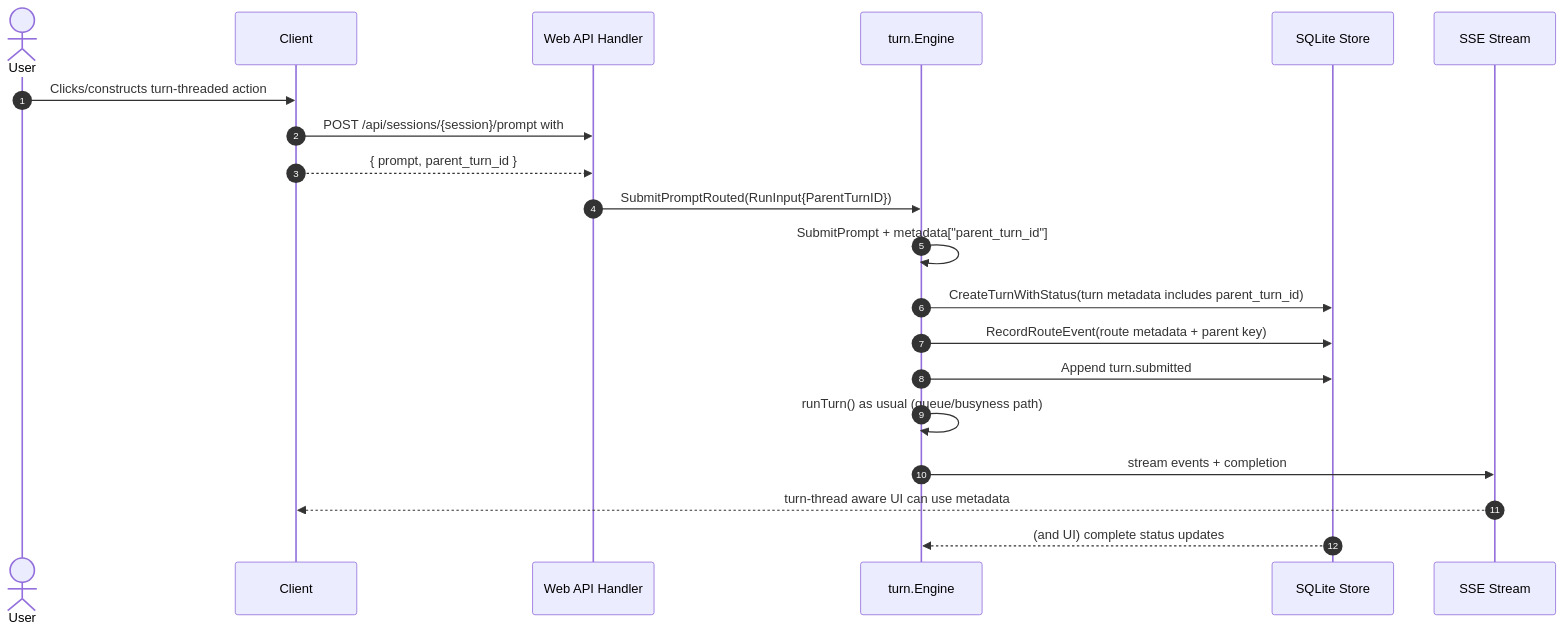
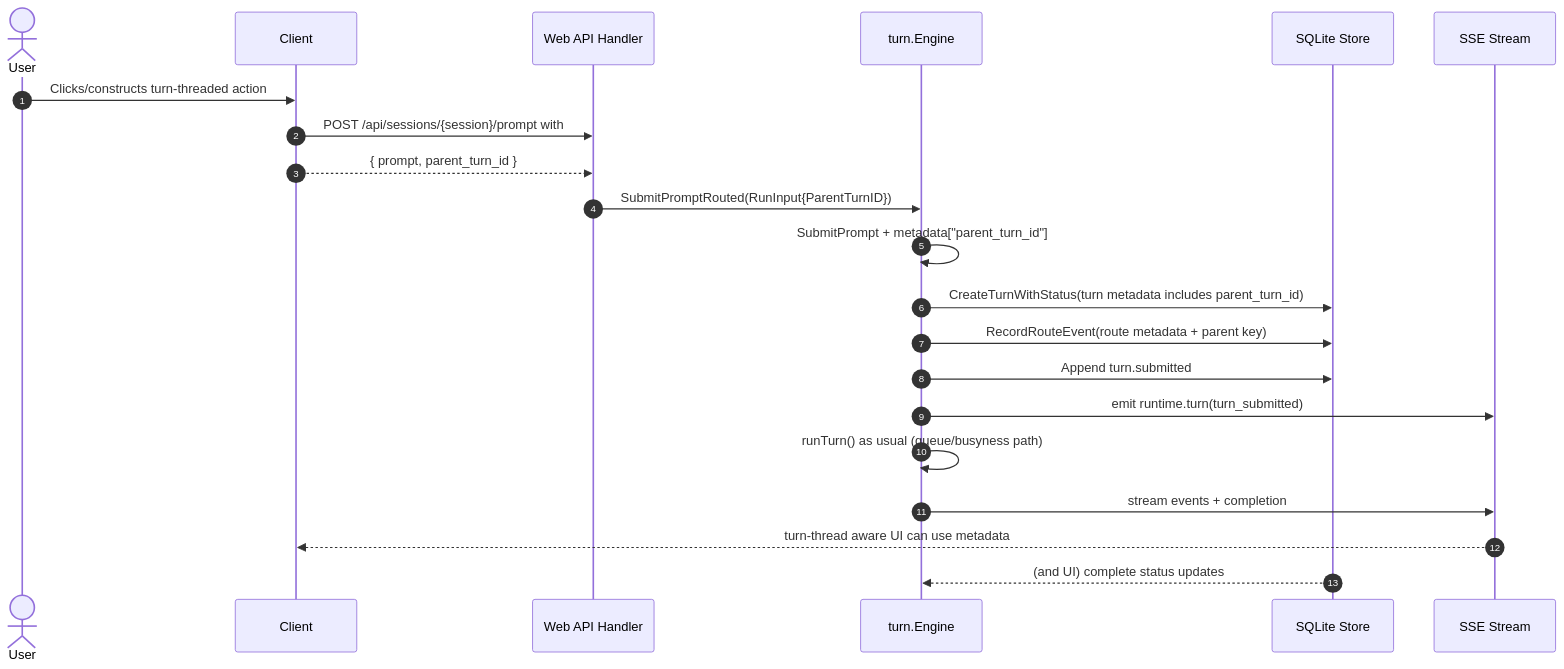
The fifth of 5 diagrams in docs/internal/routing.md (rcarmo/gi), drawn with Mermaid before and after one commit. The commit also changed other lines of this file and 3 other files, not shown here.

````diff
--- a/docs/internal/routing.md
+++ b/docs/internal/routing.md
@@ -253,23 +254,24 @@
 ```mermaid
 sequenceDiagram
   autonumber
   actor User
   participant UI as Client
   participant API as Web API Handler
   participant Engine as turn.Engine
   participant Store as SQLite Store
   participant SSE as SSE Stream
 
   User->>UI: Clicks/constructs turn-threaded action
   UI->>API: POST /api/sessions/{session}/prompt with
   UI-->>API: { prompt, parent_turn_id }
   API->>Engine: SubmitPromptRouted(RunInput{ParentTurnID})
   Engine->>Engine: SubmitPrompt + metadata["parent_turn_id"]
   Engine->>Store: CreateTurnWithStatus(turn metadata includes parent_turn_id)
   Engine->>Store: RecordRouteEvent(route metadata + parent key)
   Engine->>Store: Append turn.submitted
+  Engine->>SSE: emit runtime.turn(turn_submitted)
   Engine->>Engine: runTurn() as usual (queue/busyness path)
   Engine->>SSE: stream events + completion
   SSE-->>UI: turn-thread aware UI can use metadata
   Store-->>Engine: (and UI) complete status updates
 ```
````
